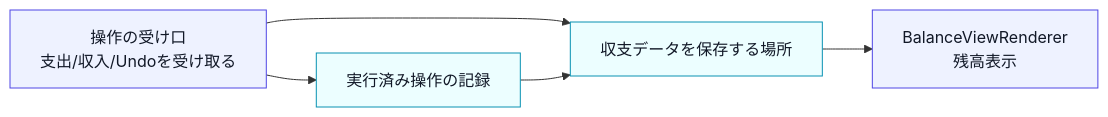
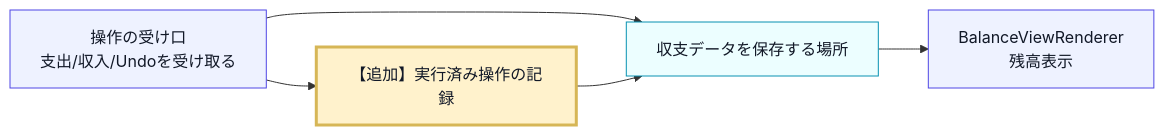
Before and after one commit to kumachan1101-pixel/DesignPattern: the sixth of 21 diagrams in kindle/design-patterns/output/chapter05.md, drawn with Mermaid. The commit also changed other lines of this file and 23 other files, not shown here.

````diff
--- a/kindle/design-patterns/output/chapter05.md
+++ b/kindle/design-patterns/output/chapter05.md
@@ -640,12 +649,14 @@
 ```mermaid
 flowchart LR
+    classDef changed fill:#fff2cc,stroke:#d6b656,stroke-width:3px,color:#111827;
     B["操作の受け口<br>支出/収入/Undoを受け取る"] --> L["収支データを保存する場所"]
-    B --> H["実行済み操作の記録"]
+    B --> H["【追加】実行済み操作の記録"]
     H --> L
     L --> R["BalanceViewRenderer<br>残高表示"]
 
     classDef boundary fill:#eef2ff,stroke:#4f46e5,color:#111827;
     classDef data fill:#ecfeff,stroke:#0891b2,color:#111827;
     class B,R boundary;
     class L,H data;
+    class H changed;
 ```
````
